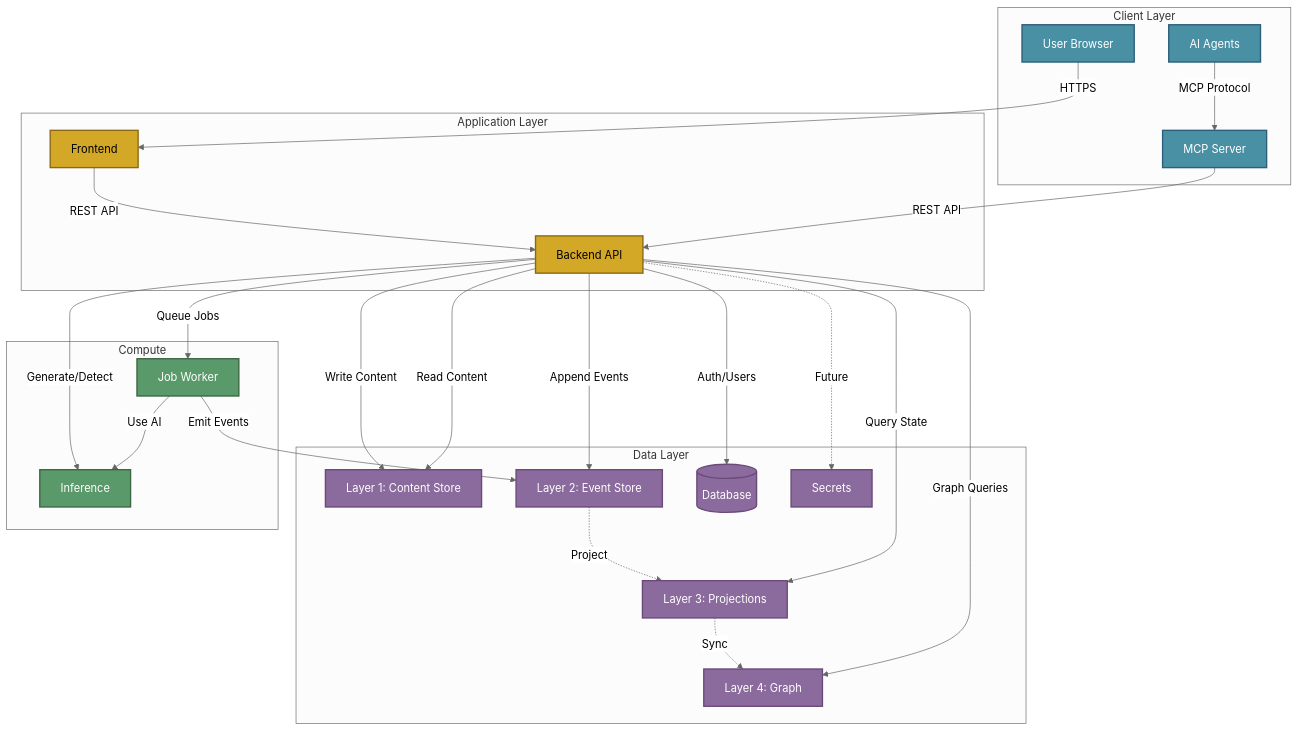
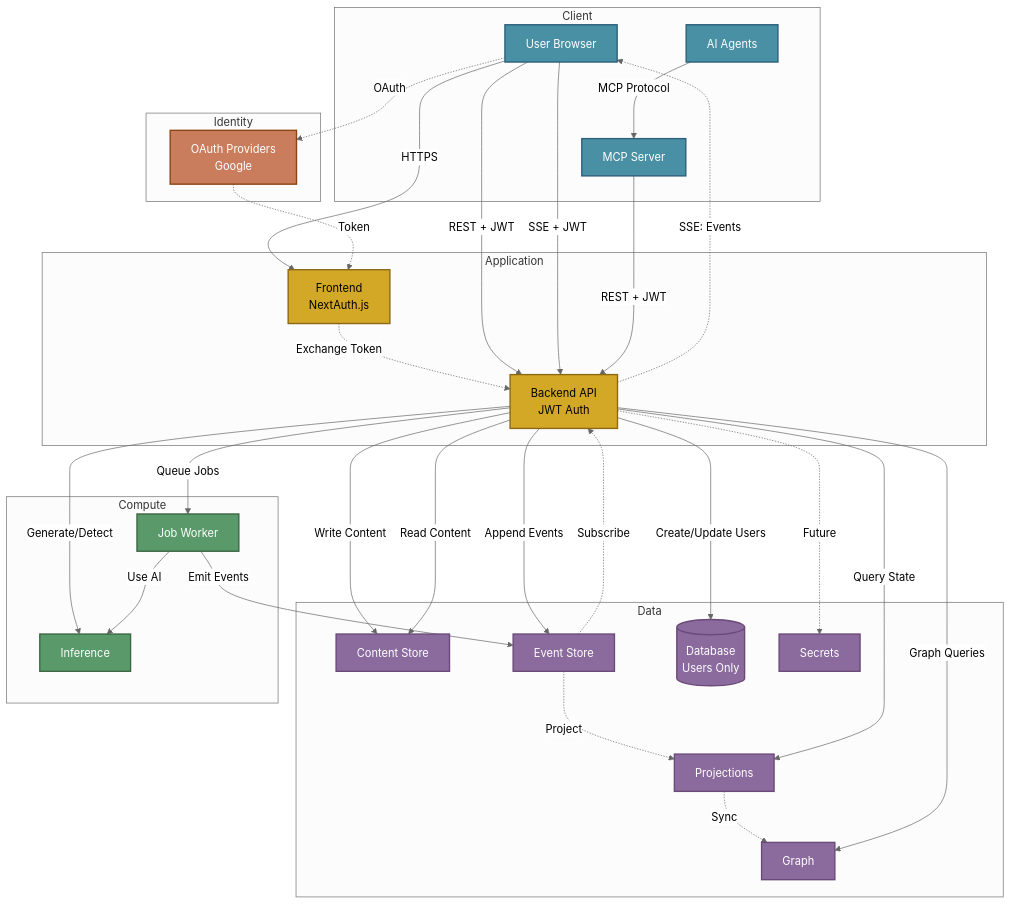
Before and after one commit to The-AI-Alliance/semiont: the diagram in docs/ARCHITECTURE.md, drawn with Mermaid (neutral theme). The commit also changed other lines of this file and 7 other files, not shown here.

````diff
--- a/docs/ARCHITECTURE.md
+++ b/docs/ARCHITECTURE.md
@@ -23,22 +23,26 @@
 ```mermaid
 graph TB
-    subgraph "Client Layer"
+    subgraph "Client"
         USER[User Browser]
         AI[AI Agents]
         MCP[MCP Server]
     end
 
-    subgraph "Application Layer"
-        FE[Frontend]
-        BE[Backend API]
+    subgraph "Identity"
+        OAUTH[OAuth Providers<br/>Google]
     end
 
-    subgraph "Data Layer"
-        L1[Layer 1: Content Store]
-        L2[Layer 2: Event Store]
-        L3[Layer 3: Projections]
-        L4[Layer 4: Graph]
-        DB[(Database)]
+    subgraph "Application"
+        FE[Frontend<br/>NextAuth.js]
+        BE[Backend API<br/>JWT Auth]
+    end
+
+    subgraph "Data"
+        CONTENT[Content Store]
+        EVENTS[Event Store]
+        PROJ[Projections]
+        GRAPH[Graph]
+        DB[(Database<br/>Users Only)]
         SEC[Secrets]
     end
 
@@ -51,39 +55,51 @@
     USER -->|HTTPS| FE
     AI -->|MCP Protocol| MCP
 
-    %% Application layer
-    FE -->|REST API| BE
-    MCP -->|REST API| BE
+    %% OAuth flow (server-side only)
+    USER -.->|OAuth| OAUTH
+    OAUTH -.->|Token| FE
+    FE -.->|Exchange Token| BE
 
-    %% Backend to data layers (write path)
-    BE -->|Write Content| L1
-    BE -->|Append Events| L2
-    BE -->|Auth/Users| DB
+    %% API calls (client-side from browser)
+    USER -->|REST + JWT| BE
+    USER -->|SSE + JWT| BE
+    MCP -->|REST + JWT| BE
+
+    %% Backend to data (write path)
+    BE -->|Write Content| CONTENT
+    BE -->|Append Events| EVENTS
+    BE -->|Create/Update Users| DB
     BE -.->|Future| SEC
 
     %% Event-driven flow
-    L2 -.->|Project| L3
-    L3 -.->|Sync| L4
+    EVENTS -.->|Project| PROJ
+    PROJ -.->|Sync| GRAPH
 
     %% Backend reads
-    BE -->|Read Content| L1
-    BE -->|Query State| L3
-    BE -->|Graph Queries| L4
+    BE -->|Read Content| CONTENT
+    BE -->|Query State| PROJ
+    BE -->|Graph Queries| GRAPH
 
     %% Compute services
     BE -->|Generate/Detect| INF
     BE -->|Queue Jobs| JW
-    JW -->|Emit Events| L2
+    JW -->|Emit Events| EVENTS
     JW -->|Use AI| INF
+
+    %% SSE event flow (real-time updates back to browser)
+    EVENTS -.->|Subscribe| BE
+    BE -.->|SSE: Events| USER
 
     %% Styling - darker fills ensure text contrast in both light and dark modes
     classDef client fill:#4a90a4,stroke:#2c5f7a,stroke-width:2px,color:#fff
+    classDef identity fill:#c97d5d,stroke:#8b4513,stroke-width:2px,color:#fff
     classDef app fill:#d4a827,stroke:#8b6914,stroke-width:2px,color:#000
     classDef data fill:#8b6b9d,stroke:#6b4a7a,stroke-width:2px,color:#fff
     classDef compute fill:#5a9a6a,stroke:#3d6644,stroke-width:2px,color:#fff
 
     class USER,AI,MCP client
+    class OAUTH identity
     class FE,BE app
-    class L1,L2,L3,L4,DB,SEC data
+    class CONTENT,EVENTS,PROJ,GRAPH,DB,SEC data
     class INF,JW compute
 ```
````
